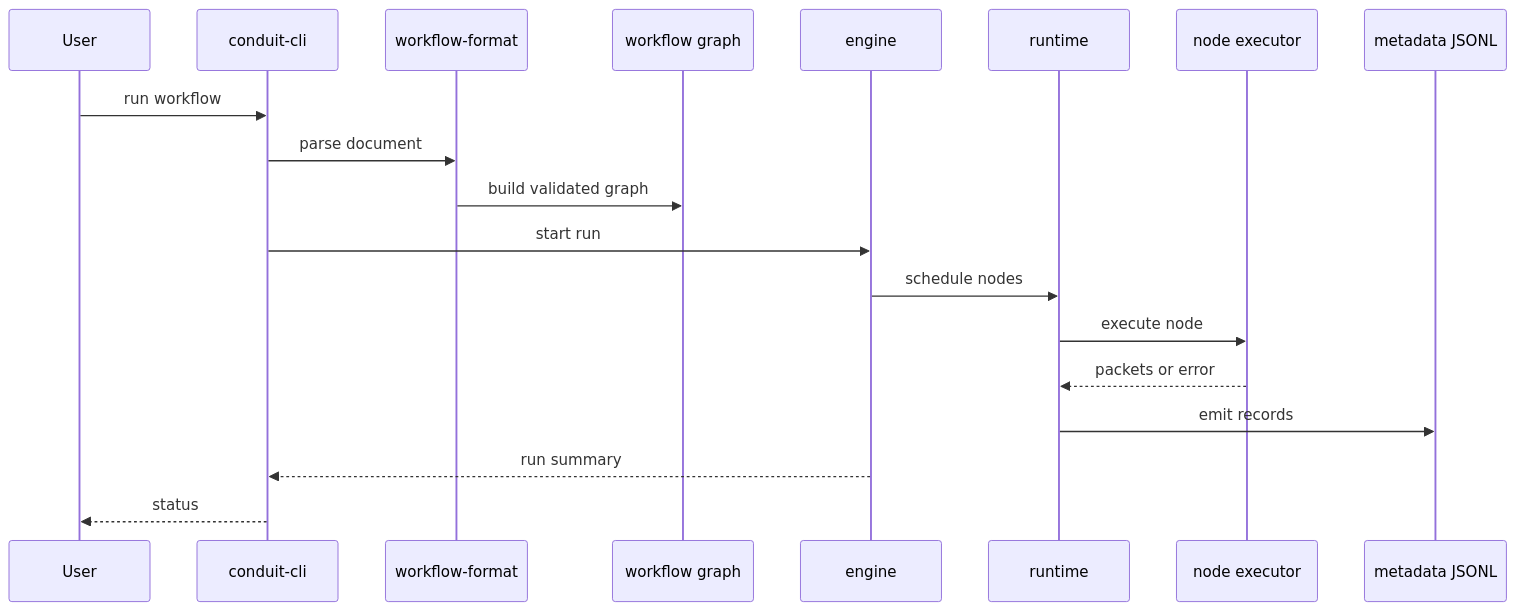
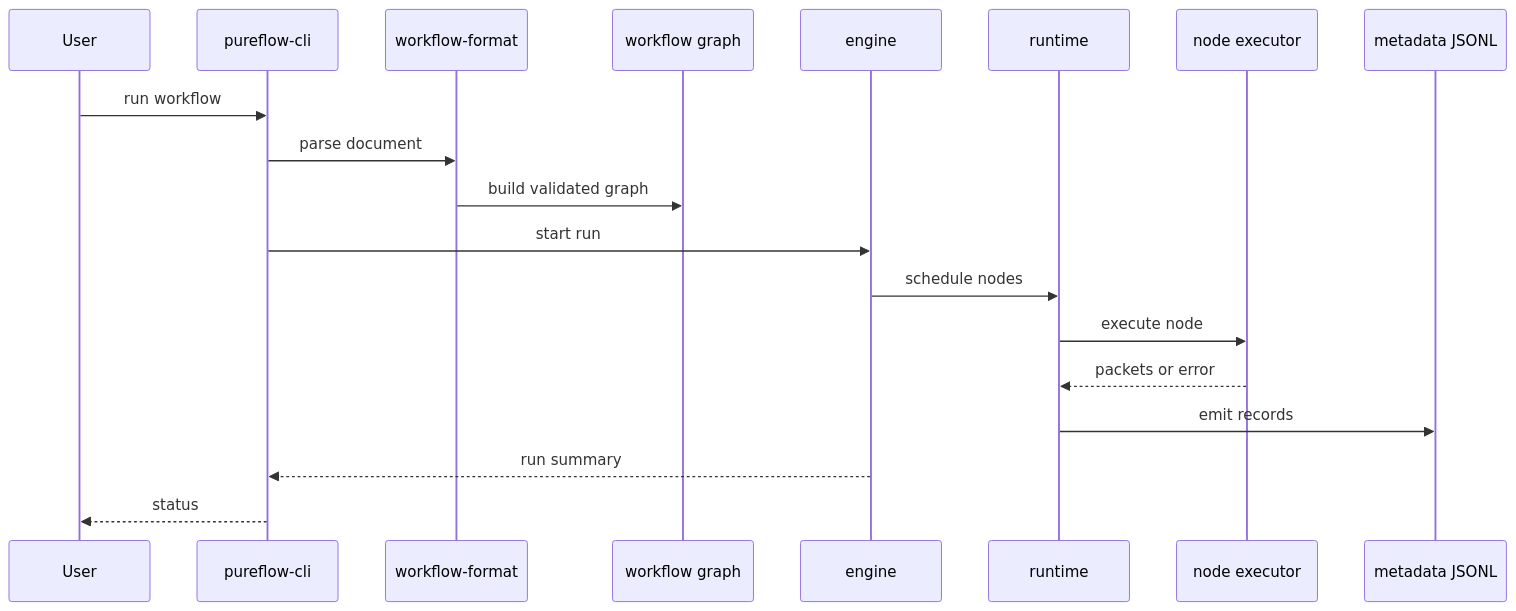
The diagram in docs/architecture-guide/figures/system-overview-runtime-flow.mmd (bhougland18/conduit), drawn with Mermaid before and after one commit. The commit also changed 165 other files, not shown here.

```diff
--- a/docs/architecture-guide/figures/system-overview-runtime-flow.mmd
+++ b/docs/architecture-guide/figures/system-overview-runtime-flow.mmd
@@ -1,20 +1,20 @@
 sequenceDiagram
     participant User
-    participant CLI as conduit-cli
+    participant CLI as pureflow-cli
     participant Format as workflow-format
     participant Graph as workflow graph
     participant Engine as engine
     participant Runtime as runtime
     participant Node as node executor
     participant Meta as metadata JSONL
 
     User->>CLI: run workflow
     CLI->>Format: parse document
     Format->>Graph: build validated graph
     CLI->>Engine: start run
     Engine->>Runtime: schedule nodes
     Runtime->>Node: execute node
     Node-->>Runtime: packets or error
     Runtime->>Meta: emit records
     Engine-->>CLI: run summary
     CLI-->>User: status
```
